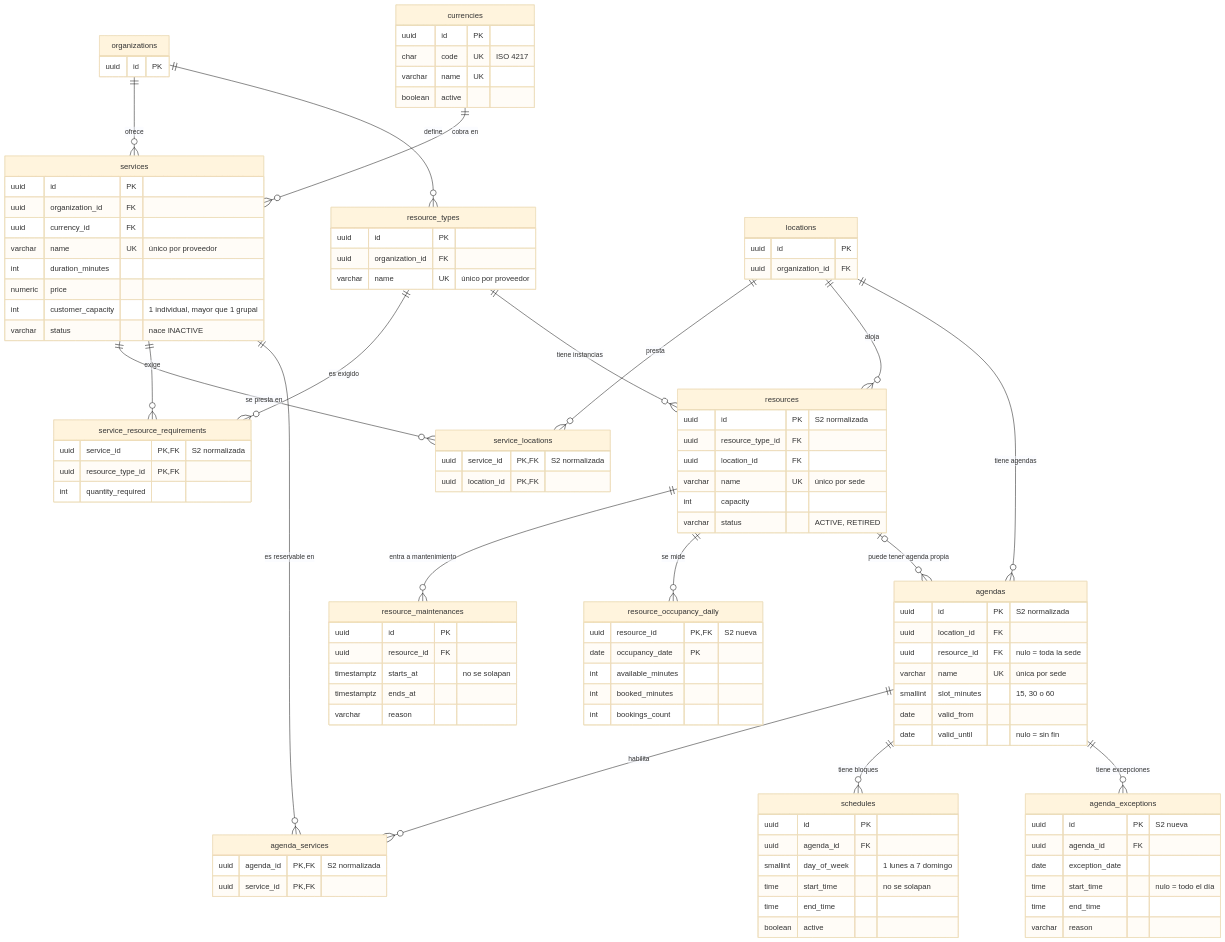
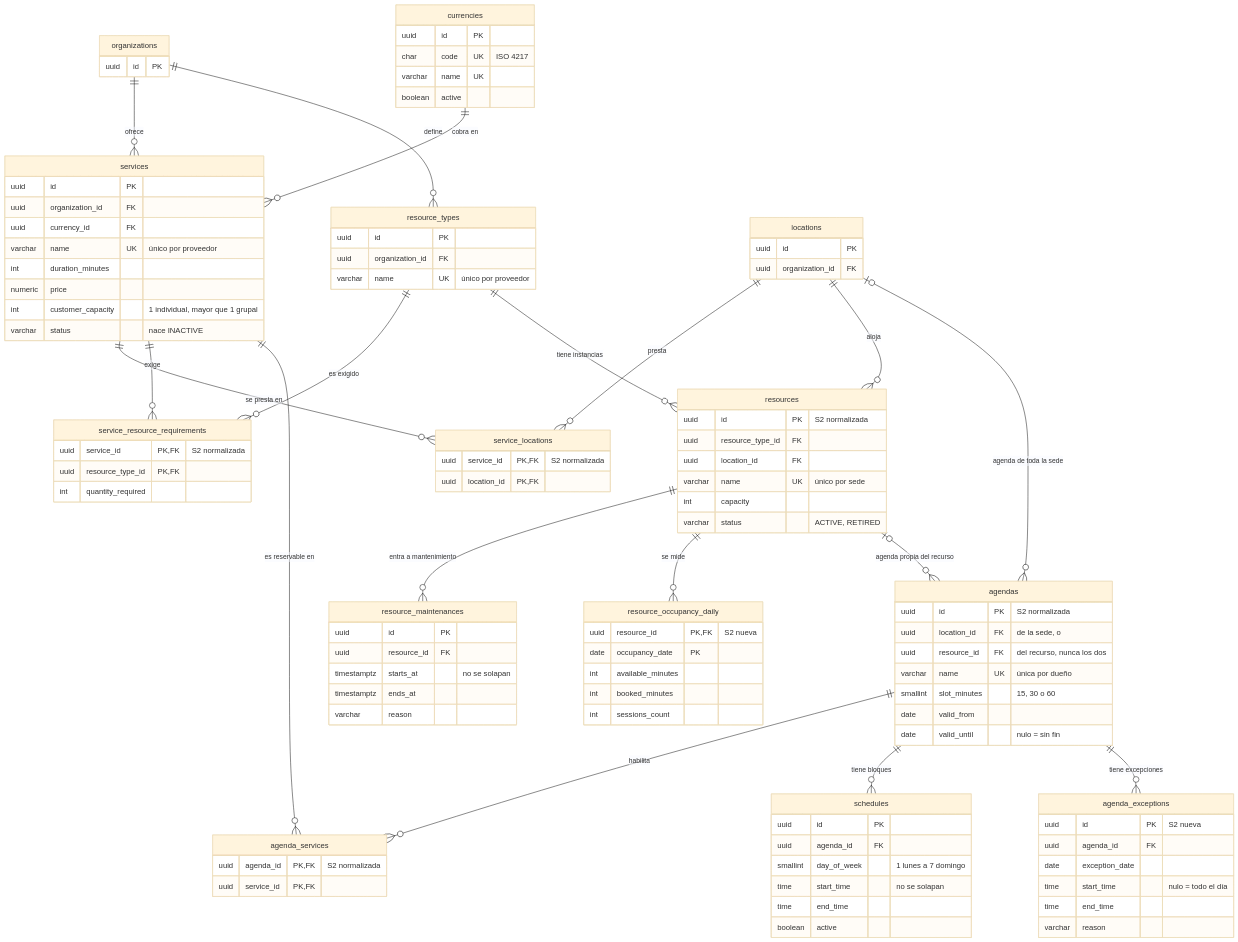
The third of 4 diagrams in README.md (andersonhg19/bookingplatform-BDs), drawn with Mermaid (base theme) before and after one commit. The commit also changed other lines of this file and 7 other files, not shown here.

````diff
--- a/README.md
+++ b/README.md
@@ -241,8 +246,8 @@
     locations ||--o{ resources : aloja
     resources ||--o{ resource_maintenances : "entra a mantenimiento"
     resources ||--o{ resource_occupancy_daily : "se mide"
-    locations ||--o{ agendas : "tiene agendas"
-    resources |o--o{ agendas : "puede tener agenda propia"
+    locations |o--o{ agendas : "agenda de toda la sede"
+    resources |o--o{ agendas : "agenda propia del recurso"
     agendas ||--o{ agenda_services : habilita
     services ||--o{ agenda_services : "es reservable en"
     agendas ||--o{ schedules : "tiene bloques"
@@ -302,9 +307,9 @@
     }
     agendas {
         uuid id PK "S2 normalizada"
-        uuid location_id FK
-        uuid resource_id FK "nulo = toda la sede"
-        varchar name UK "única por sede"
+        uuid location_id FK "de la sede, o"
+        uuid resource_id FK "del recurso, nunca los dos"
+        varchar name UK "única por dueño"
         smallint slot_minutes "15, 30 o 60"
         date valid_from
         date valid_until "nulo = sin fin"
@@ -334,6 +339,6 @@
         date occupancy_date PK
         int available_minutes
         int booked_minutes
-        int bookings_count
+        int sessions_count
     }
 ```
````
